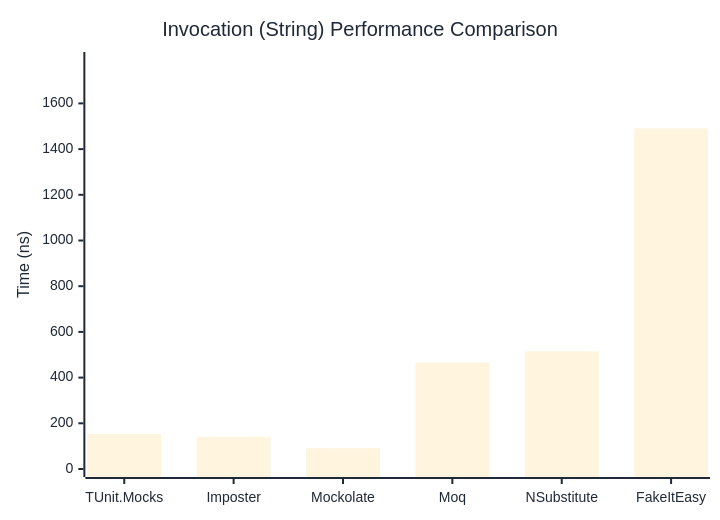
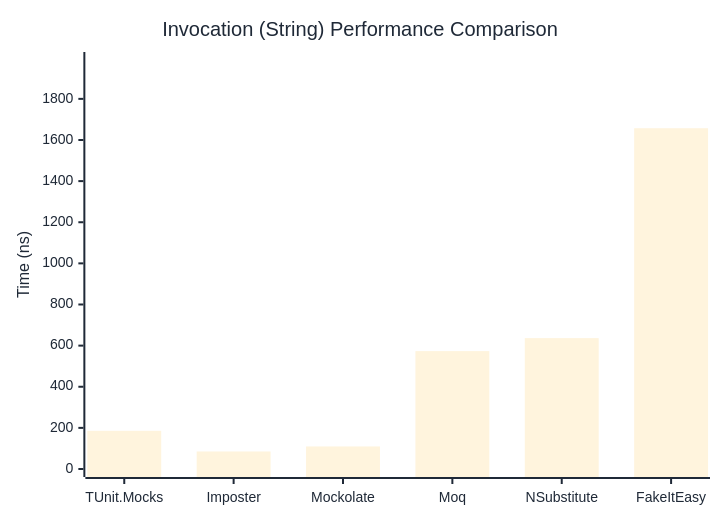
One commit to thomhurst/TUnit changed the second of 3 diagrams in docs/docs/benchmarks/mocks/Invocation.md. Above: the diagram before and after it, drawn with Mermaid. The commit also changed other lines of this file and 14 other files, not shown here.

````diff
--- a/docs/docs/benchmarks/mocks/Invocation.md
+++ b/docs/docs/benchmarks/mocks/Invocation.md
@@ -71,27 +71,27 @@
 ```mermaid
 %%{init: {
   'theme':'base',
   'themeVariables': {
     'primaryColor': '#2563eb',
     'primaryTextColor': '#1f2937',
     'primaryBorderColor': '#1e40af',
     'lineColor': '#6b7280',
     'secondaryColor': '#7c3aed',
     'tertiaryColor': '#dc2626',
     'background': '#ffffff',
     'pie1': '#2563eb',
     'pie2': '#7c3aed',
     'pie3': '#dc2626',
     'pie4': '#f59e0b',
     'pie5': '#10b981',
     'pie6': '#06b6d4',
     'pie7': '#ec4899',
     'pie8': '#6366f1'
   }
 }}%%
 xychart-beta
   title "Invocation (String) Performance Comparison"
   x-axis ["TUnit.Mocks", "Imposter", "Mockolate", "Moq", "NSubstitute", "FakeItEasy"]
-  y-axis "Time (ns)" 0 --> 1790
-  bar [153.48, 140.88, 90.9, 465.34, 514.45, 1490.86]
+  y-axis "Time (ns)" 0 --> 1989
+  bar [185.68, 85.24, 109.67, 573.34, 636.49, 1657.23]
 ```
````
